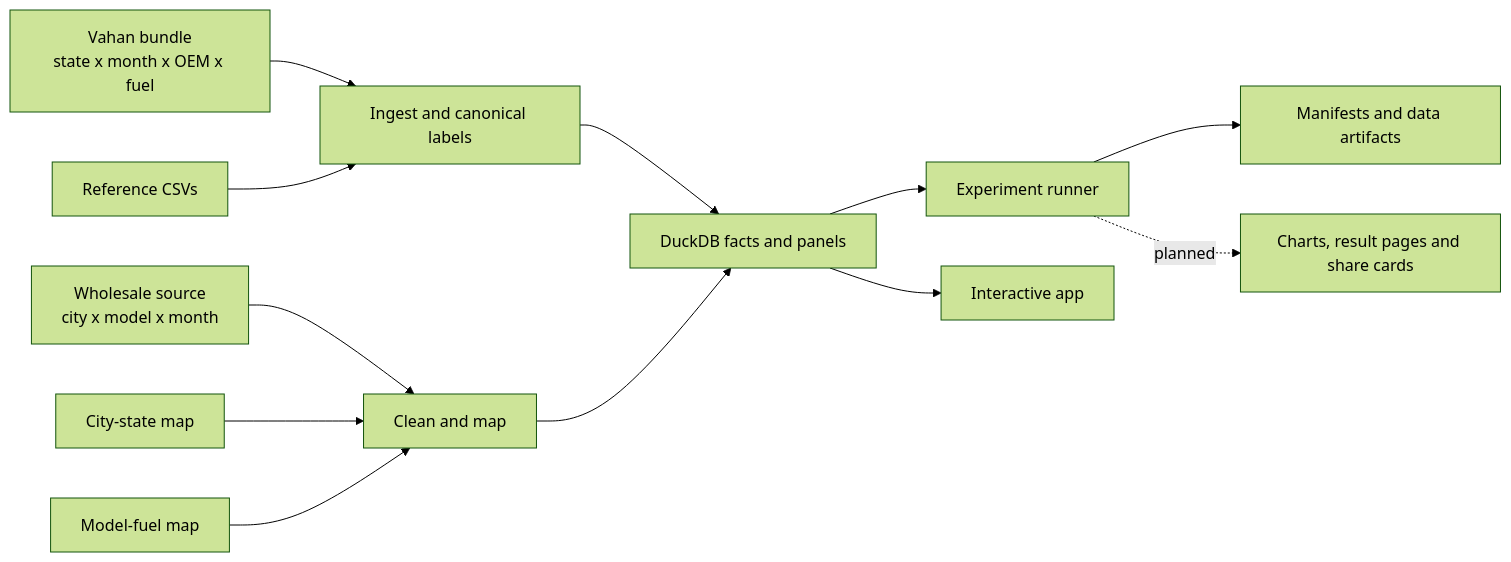
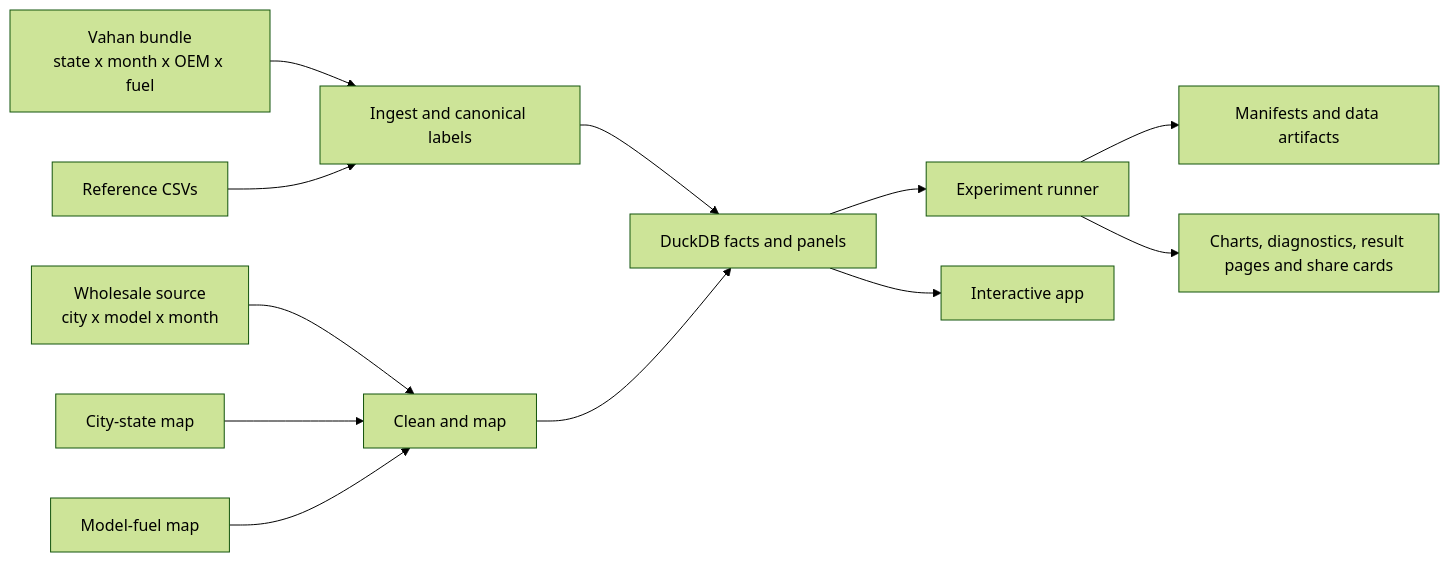
Before and after one commit to kapil433/complexity-lab: the diagram in DATA_TRUTH.md, drawn with Mermaid (forest theme). The commit also changed other lines of this file and 41 other files, not shown here.

````diff
--- a/DATA_TRUTH.md
+++ b/DATA_TRUTH.md
@@ -43,14 +47,14 @@
 ```mermaid
 flowchart LR
     V["Vahan bundle<br/>state x month x OEM x fuel"] --> I["Ingest and canonical labels"]
     W["Wholesale source<br/>city x model x month"] --> C["Clean and map"]
     CM["City-state map"] --> C
     FM["Model-fuel map"] --> C
     R["Reference CSVs"] --> I
     I --> D["DuckDB facts and panels"]
     C --> D
     D --> E["Experiment runner"]
     D --> A["Interactive app"]
     E --> O["Manifests and data artifacts"]
-    E -. planned .-> F["Charts, result pages and share cards"]
+    E --> F["Charts, diagnostics, result pages and share cards"]
 ```
````
